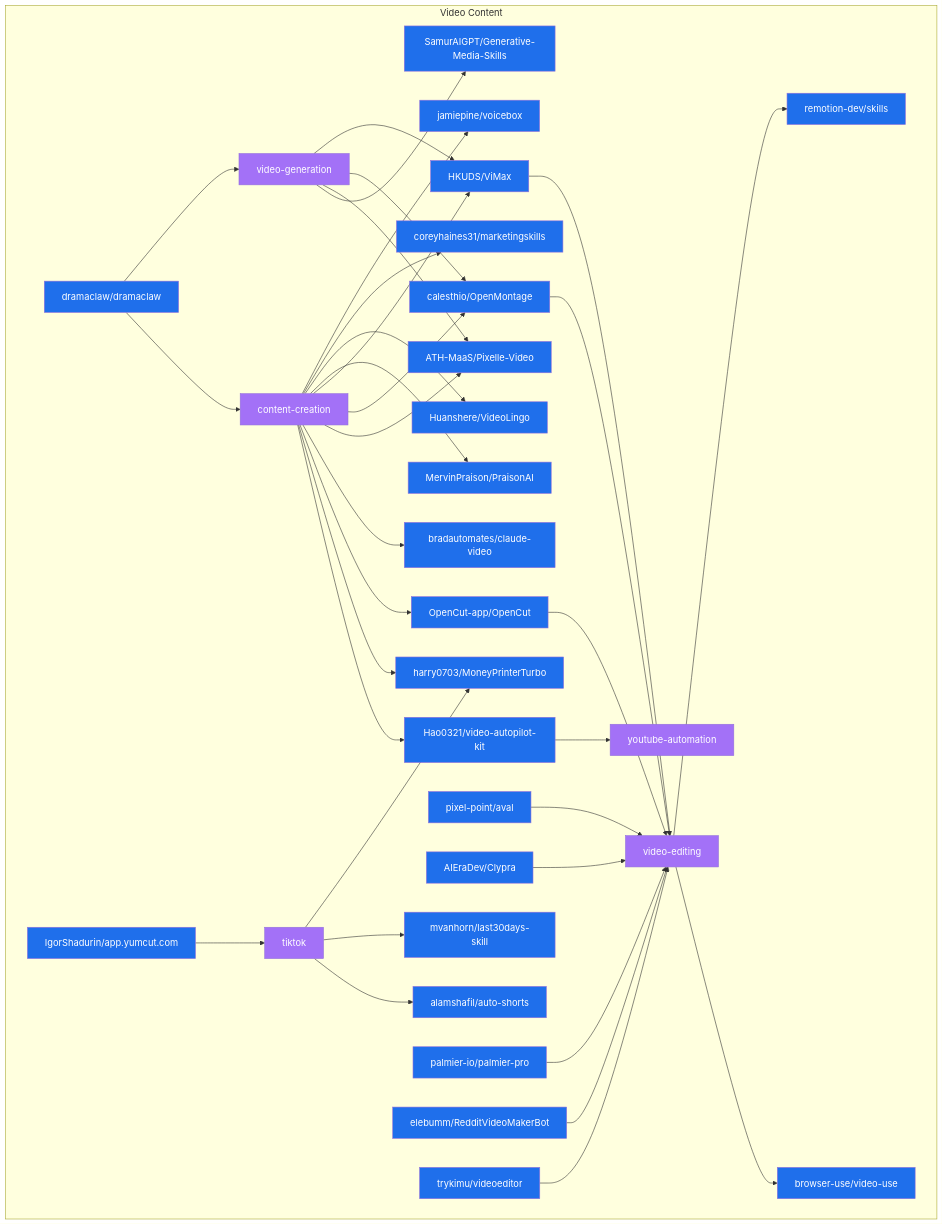
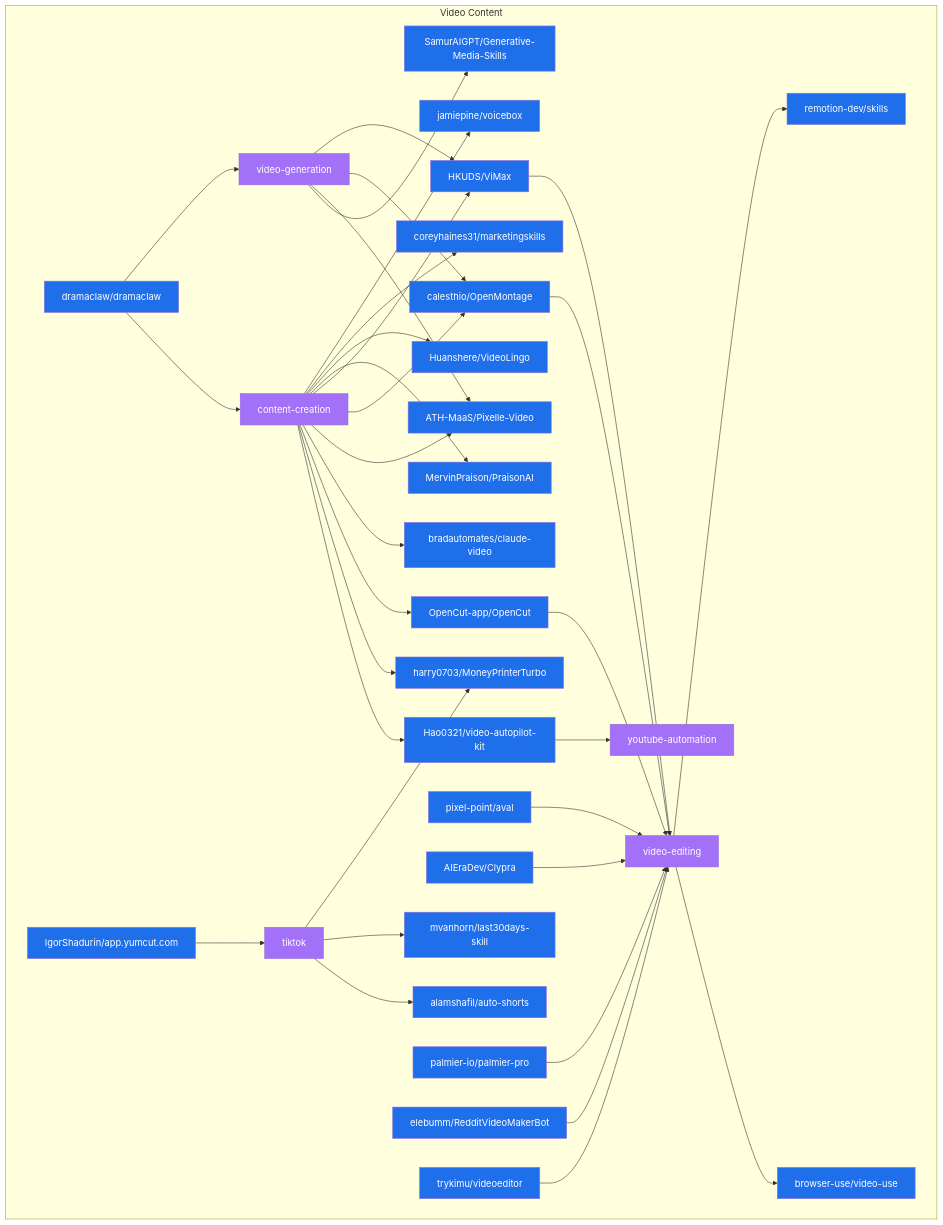
Before and after one commit to Meru143/star-graph: the diagram in data/star_graph_video_content.mermaid, drawn with Mermaid. The commit also changed other lines of this file and 25 other files, not shown here.

Commit message:
feat: validate and explain star graph artifacts

```diff
--- a/data/star_graph_video_content.mermaid
+++ b/data/star_graph_video_content.mermaid
@@ -1,68 +1,68 @@
 graph TD
   subgraph video_content ["Video Content"]
+    Hao0321_video_autopilot_kit["Hao0321/video-autopilot-kit"]:::repo
+    dramaclaw_dramaclaw["dramaclaw/dramaclaw"]:::repo
+    mvanhorn_last30days_skill["mvanhorn/last30days-skill"]:::repo
+    calesthio_OpenMontage["calesthio/OpenMontage"]:::repo
+    harry0703_MoneyPrinterTurbo["harry0703/MoneyPrinterTurbo"]:::repo
+    youtube_automation["youtube-automation"]:::topic
+    video_editing["video-editing"]:::topic
     Huanshere_VideoLingo["Huanshere/VideoLingo"]:::repo
-    mvanhorn_last30days_skill["mvanhorn/last30days-skill"]:::repo
+    SamurAIGPT_Generative_Media_Skills["SamurAIGPT/Generative-Media-Skills"]:::repo
+    MervinPraison_PraisonAI["MervinPraison/PraisonAI"]:::repo
+    pixel_point_aval["pixel-point/aval"]:::repo
+    OpenCut_app_OpenCut["OpenCut-app/OpenCut"]:::repo
+    ATH_MaaS_Pixelle_Video["ATH-MaaS/Pixelle-Video"]:::repo
+    elebumm_RedditVideoMakerBot["elebumm/RedditVideoMakerBot"]:::repo
+    browser_use_video_use["browser-use/video-use"]:::repo
+    remotion_dev_skills["remotion-dev/skills"]:::repo
     video_generation["video-generation"]:::topic
+    trykimu_videoeditor["trykimu/videoeditor"]:::repo
+    bradautomates_claude_video["bradautomates/claude-video"]:::repo
+    content_creation["content-creation"]:::topic
+    IgorShadurin_app_yumcut_com["IgorShadurin/app.yumcut.com"]:::repo
+    HKUDS_ViMax["HKUDS/ViMax"]:::repo
+    palmier_io_palmier_pro["palmier-io/palmier-pro"]:::repo
+    coreyhaines31_marketingskills["coreyhaines31/marketingskills"]:::repo
     tiktok["tiktok"]:::topic
-    trykimu_videoeditor["trykimu/videoeditor"]:::repo
-    SamurAIGPT_Generative_Media_Skills["SamurAIGPT/Generative-Media-Skills"]:::repo
+    jamiepine_voicebox["jamiepine/voicebox"]:::repo
     AIEraDev_Clypra["AIEraDev/Clypra"]:::repo
-    elebumm_RedditVideoMakerBot["elebumm/RedditVideoMakerBot"]:::repo
-    IgorShadurin_app_yumcut_com["IgorShadurin/app.yumcut.com"]:::repo
-    video_editing["video-editing"]:::topic
-    calesthio_OpenMontage["calesthio/OpenMontage"]:::repo
-    content_creation["content-creation"]:::topic
-    youtube_automation["youtube-automation"]:::topic
-    remotion_dev_skills["remotion-dev/skills"]:::repo
-    harry0703_MoneyPrinterTurbo["harry0703/MoneyPrinterTurbo"]:::repo
-    dramaclaw_dramaclaw["dramaclaw/dramaclaw"]:::repo
-    MervinPraison_PraisonAI["MervinPraison/PraisonAI"]:::repo
-    palmier_io_palmier_pro["palmier-io/palmier-pro"]:::repo
-    pixel_point_aval["pixel-point/aval"]:::repo
-    Hao0321_video_autopilot_kit["Hao0321/video-autopilot-kit"]:::repo
-    coreyhaines31_marketingskills["coreyhaines31/marketingskills"]:::repo
     alamshafil_auto_shorts["alamshafil/auto-shorts"]:::repo
-    OpenCut_app_OpenCut["OpenCut-app/OpenCut"]:::repo
-    jamiepine_voicebox["jamiepine/voicebox"]:::repo
-    browser_use_video_use["browser-use/video-use"]:::repo
-    bradautomates_claude_video["bradautomates/claude-video"]:::repo
-    HKUDS_ViMax["HKUDS/ViMax"]:::repo
-    ATH_MaaS_Pixelle_Video["ATH-MaaS/Pixelle-Video"]:::repo
   end
   dramaclaw_dramaclaw --> content_creation
   dramaclaw_dramaclaw --> video_generation
   content_creation --> Hao0321_video_autopilot_kit
   content_creation --> harry0703_MoneyPrinterTurbo
   content_creation --> OpenCut_app_OpenCut
   content_creation --> bradautomates_claude_video
   content_creation --> ATH_MaaS_Pixelle_Video
   content_creation --> calesthio_OpenMontage
   content_creation --> HKUDS_ViMax
   content_creation --> MervinPraison_PraisonAI
   content_creation --> Huanshere_VideoLingo
   content_creation --> coreyhaines31_marketingskills
   content_creation --> jamiepine_voicebox
   video_generation --> SamurAIGPT_Generative_Media_Skills
   video_generation --> ATH_MaaS_Pixelle_Video
   video_generation --> calesthio_OpenMontage
   video_generation --> HKUDS_ViMax
   pixel_point_aval --> video_editing
   AIEraDev_Clypra --> video_editing
   Hao0321_video_autopilot_kit --> youtube_automation
   OpenCut_app_OpenCut --> video_editing
   IgorShadurin_app_yumcut_com --> tiktok
   tiktok --> alamshafil_auto_shorts
   tiktok --> mvanhorn_last30days_skill
   tiktok --> harry0703_MoneyPrinterTurbo
   calesthio_OpenMontage --> video_editing
   palmier_io_palmier_pro --> video_editing
   elebumm_RedditVideoMakerBot --> video_editing
   HKUDS_ViMax --> video_editing
   trykimu_videoeditor --> video_editing
   video_editing --> browser_use_video_use
   video_editing --> remotion_dev_skills
   classDef repo fill:#1f6feb,color:#fff;
   classDef topic fill:#a371f7,color:#fff;
   classDef technology fill:#3fb950,color:#fff;
   classDef use_case fill:#d29922,color:#fff;
   classDef architecture fill:#f85149,color:#fff;
```
